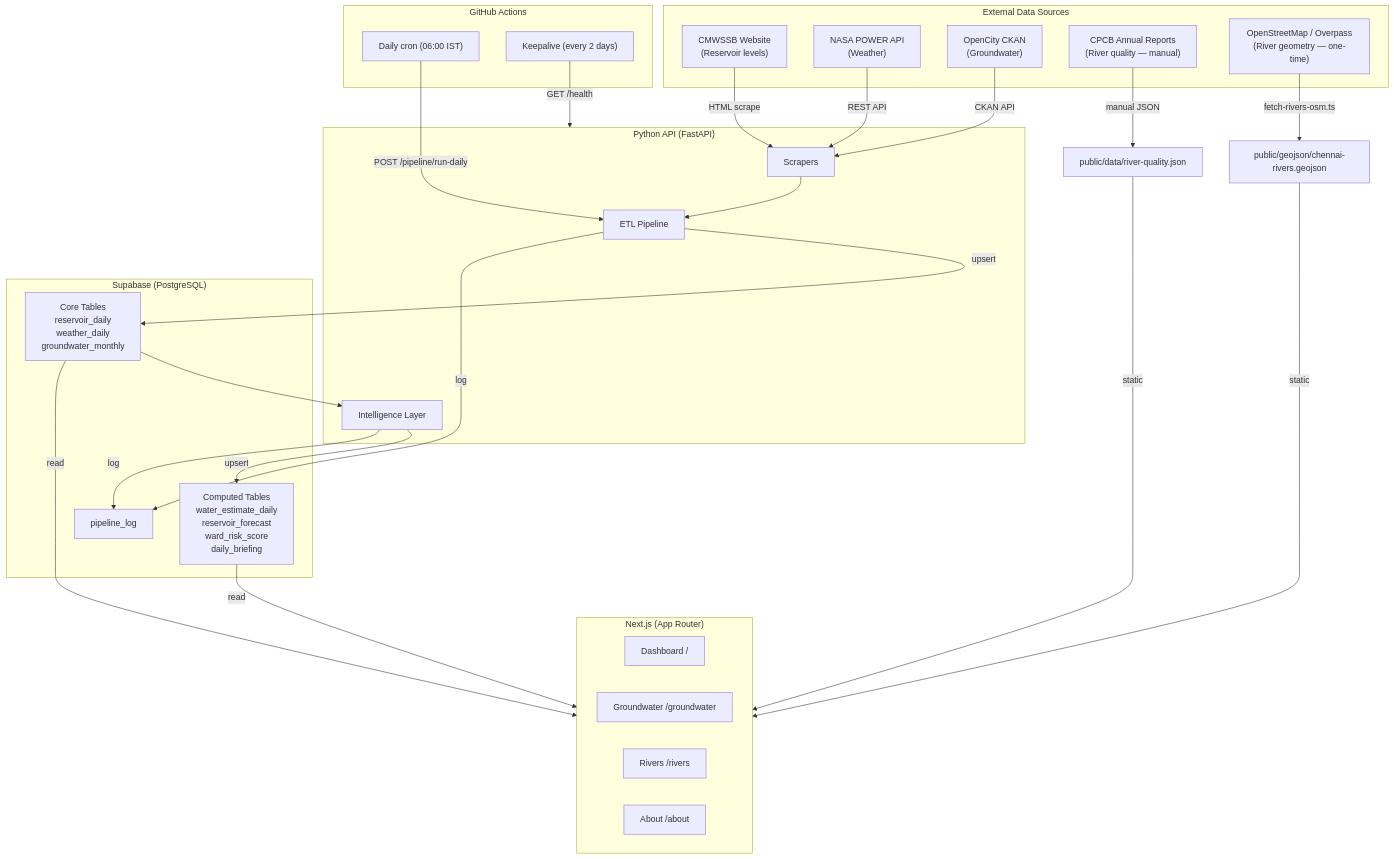
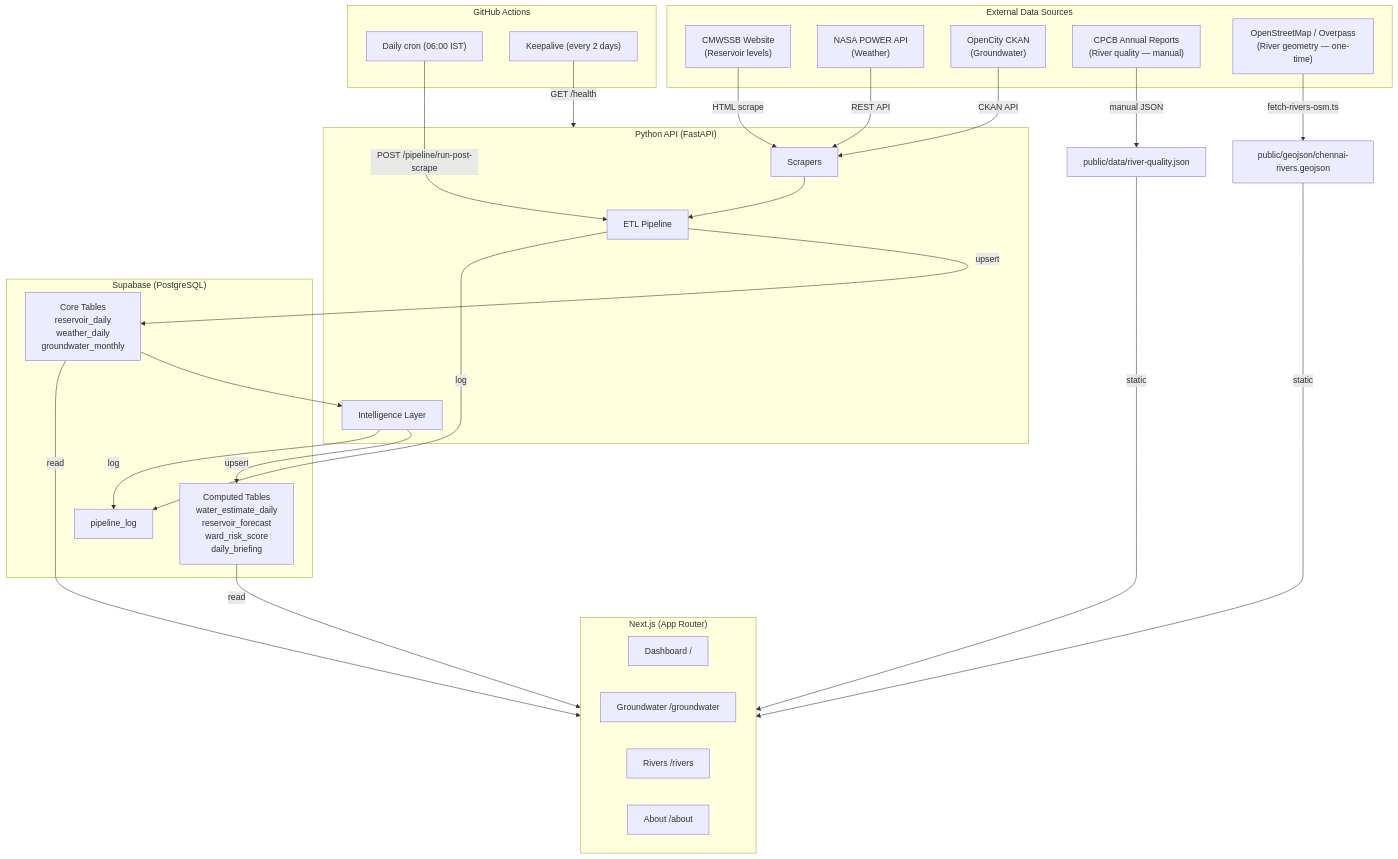
One commit to SundareshPrasanna/neer-vazhvu changed the first of 5 diagrams in ARCHITECTURE.md. Above: the diagram before and after it, drawn with Mermaid. The commit also changed other lines of this file and 2 other files, not shown here.

Commit message:
docs: sync setup and pipeline docs with current workflow

````diff
--- a/ARCHITECTURE.md
+++ b/ARCHITECTURE.md
@@ -7,56 +7,56 @@
 ```mermaid
 graph TB
     subgraph External Data Sources
         CMWSSB["CMWSSB Website<br/>(Reservoir levels)"]
         NASA["NASA POWER API<br/>(Weather)"]
         OC["OpenCity CKAN<br/>(Groundwater)"]
         CPCB["CPCB Annual Reports<br/>(River quality — manual)"]
         OSM["OpenStreetMap / Overpass<br/>(River geometry — one-time)"]
     end
 
     subgraph Backend ["Python API (FastAPI)"]
         Scrapers["Scrapers"]
         ETL["ETL Pipeline"]
         Intel["Intelligence Layer"]
     end
 
     subgraph Database ["Supabase (PostgreSQL)"]
         Core["Core Tables<br/>reservoir_daily<br/>weather_daily<br/>groundwater_monthly"]
         Computed["Computed Tables<br/>water_estimate_daily<br/>reservoir_forecast<br/>ward_risk_score<br/>daily_briefing"]
         Log["pipeline_log"]
     end
 
     subgraph Frontend ["Next.js (App Router)"]
         Dashboard["Dashboard /"]
         GW["Groundwater /groundwater"]
         Rivers["Rivers /rivers"]
         About["About /about"]
     end
 
     subgraph CI ["GitHub Actions"]
         Cron["Daily cron (06:00 IST)"]
         KA["Keepalive (every 2 days)"]
     end
 
     CMWSSB -->|HTML scrape| Scrapers
     NASA -->|REST API| Scrapers
     OC -->|CKAN API| Scrapers
     CPCB -->|manual JSON| StaticFiles["public/data/river-quality.json"]
     OSM -->|fetch-rivers-osm.ts| StaticFiles2["public/geojson/chennai-rivers.geojson"]
 
     Scrapers --> ETL
     ETL -->|upsert| Core
     Core --> Intel
     Intel -->|upsert| Computed
 
     ETL -->|log| Log
     Intel -->|log| Log
 
     Core -->|read| Frontend
     Computed -->|read| Frontend
     StaticFiles -->|static| Frontend
     StaticFiles2 -->|static| Frontend
 
-    Cron -->|POST /pipeline/run-daily| ETL
+    Cron -->|POST /pipeline/run-post-scrape| ETL
     KA -->|GET /health| Backend
 ```
````
